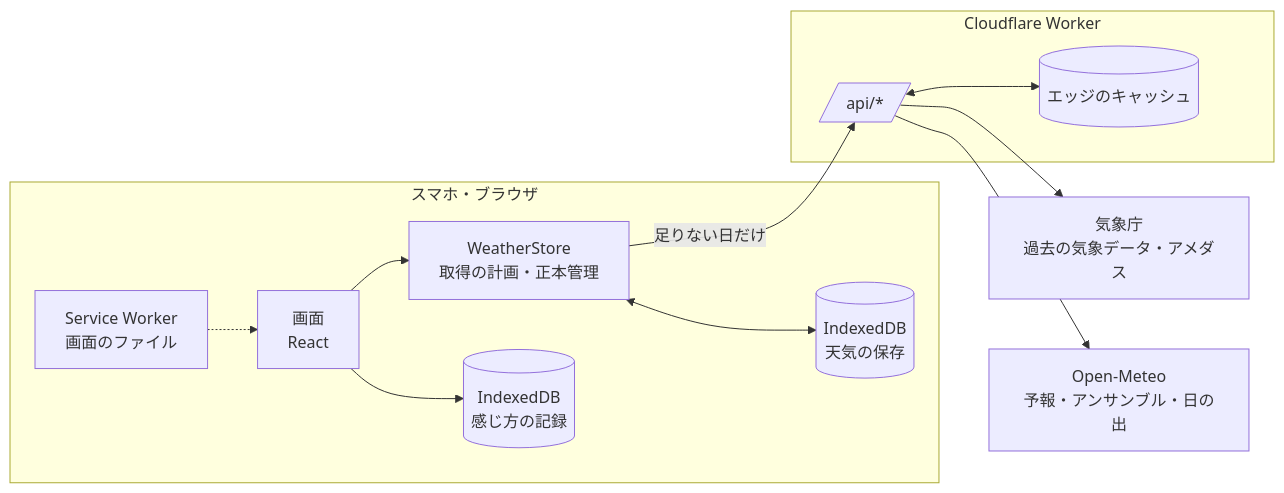
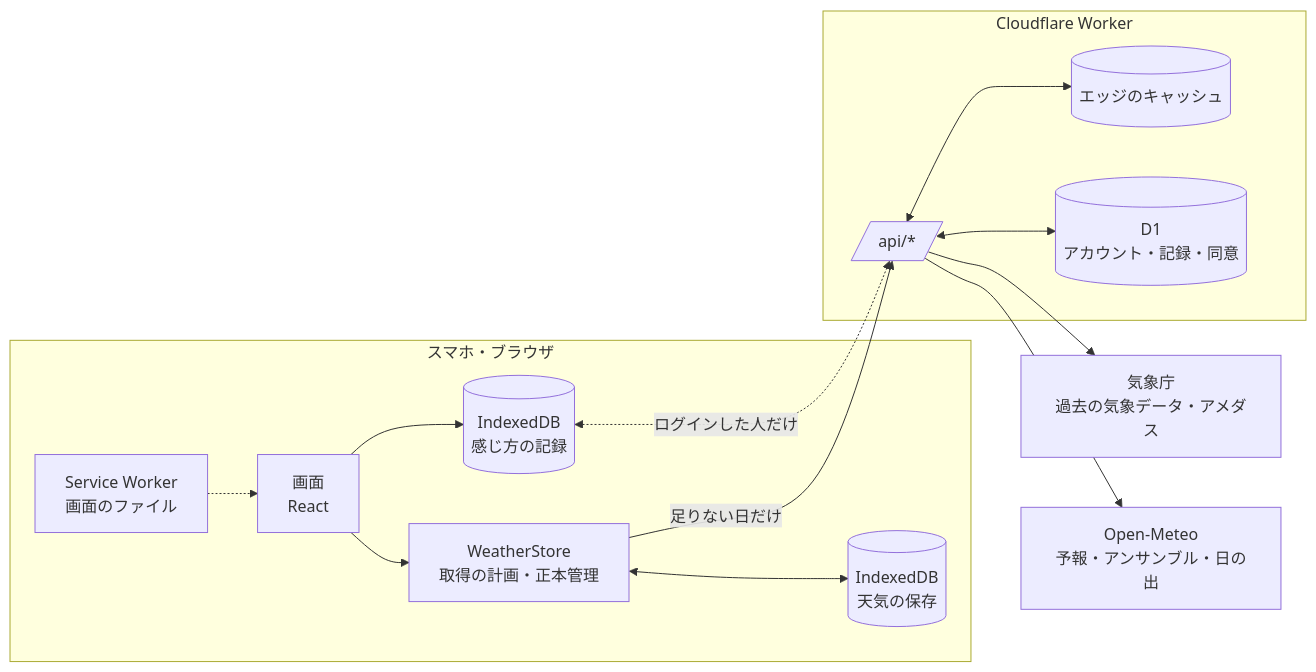
The diagram in README.md (Watanabe-Masao/weather-note-cf), drawn with Mermaid before and after one commit. The commit also changed other lines of this file and 20 other files, not shown here.

````diff
--- a/README.md
+++ b/README.md
@@ -31,15 +31,17 @@
 ```mermaid
 flowchart LR
   subgraph 端末[スマホ・ブラウザ]
     UI[画面<br/>React] --> Store[WeatherStore<br/>取得の計画・正本管理]
     Store <--> IDB[(IndexedDB<br/>天気の保存)]
     UI --> Reports[(IndexedDB<br/>感じ方の記録)]
     SW[Service Worker<br/>画面のファイル] -.-> UI
   end
   subgraph CF[Cloudflare Worker]
     API[/api/*/] <--> Edge[(エッジのキャッシュ)]
+    API <--> D1[(D1<br/>アカウント・記録・同意)]
   end
+  Reports <-. ログインした人だけ .-> API
   Store -- 足りない日だけ --> API
   API --> JMA[気象庁<br/>過去の気象データ・アメダス]
   API --> OM[Open-Meteo<br/>予報・アンサンブル・日の出]
 ```
````
